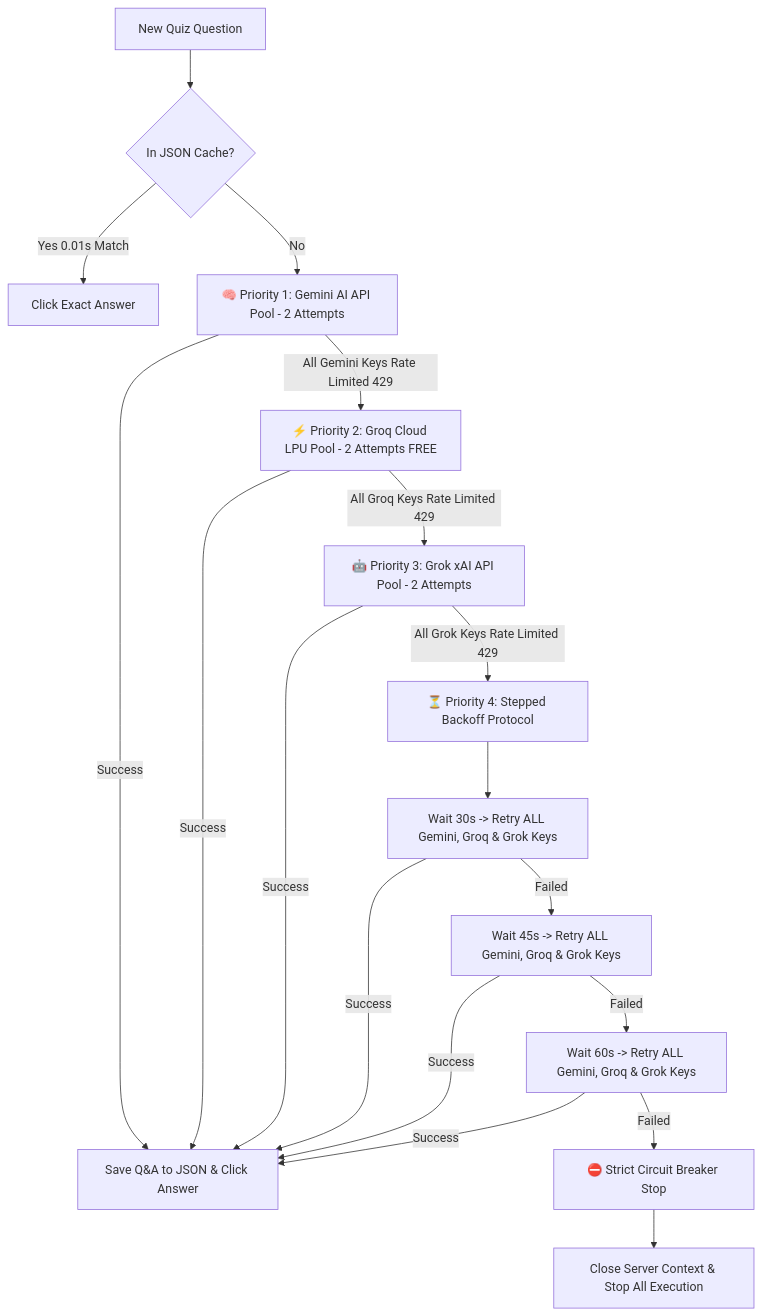
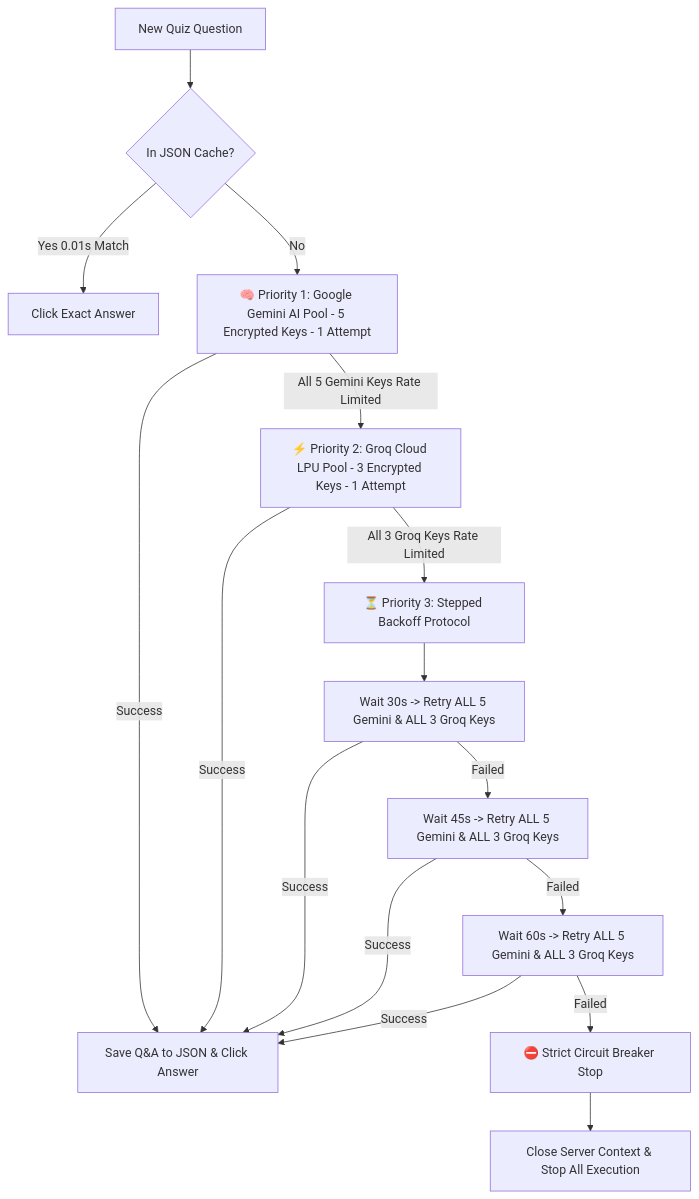
Before and after one commit to thechandrax/DikshaPlus-Automation-Suite: the diagram in docs/07_DUAL_AI_SOLVER_AND_BACKOFF_LOGS_GUIDE.md, drawn with Mermaid. The commit also changed other lines of this file and 2 other files, not shown here.

Commit message:
Docs & Maintenance: Full documentation update for 8-key Multi-AI pool, 1 attempt per key, and circuit breaker protocol

````diff
--- a/docs/07_DUAL_AI_SOLVER_AND_BACKOFF_LOGS_GUIDE.md
+++ b/docs/07_DUAL_AI_SOLVER_AND_BACKOFF_LOGS_GUIDE.md
@@ -21,24 +22,21 @@
 ```mermaid
 flowchart TD
     A[New Quiz Question] --> B{In JSON Cache?}
     B -- Yes 0.01s Match --> C[Click Exact Answer]
-    B -- No --> D[🧠 Priority 1: Gemini AI API Pool - 2 Attempts]
+    B -- No --> D[🧠 Priority 1: Google Gemini AI Pool - 5 Encrypted Keys - 1 Attempt]
     
     D -- Success --> E[Save Q&A to JSON & Click Answer]
-    D -- All Gemini Keys Rate Limited 429 --> F[⚡ Priority 2: Groq Cloud LPU Pool - 2 Attempts FREE]
+    D -- All 5 Gemini Keys Rate Limited --> F[⚡ Priority 2: Groq Cloud LPU Pool - 3 Encrypted Keys - 1 Attempt]
     
     F -- Success --> E
-    F -- All Groq Keys Rate Limited 429 --> G[🤖 Priority 3: Grok xAI API Pool - 2 Attempts]
+    F -- All 3 Groq Keys Rate Limited --> G[⏳ Priority 3: Stepped Backoff Protocol]
     
-    G -- Success --> E
-    G -- All Grok Keys Rate Limited 429 --> H[⏳ Priority 4: Stepped Backoff Protocol]
-    
-    H --> I[Wait 30s -> Retry ALL Gemini, Groq & Grok Keys]
+    G --> H[Wait 30s -> Retry ALL 5 Gemini & ALL 3 Groq Keys]
+    H -- Success --> E
+    H -- Failed --> I[Wait 45s -> Retry ALL 5 Gemini & ALL 3 Groq Keys]
     I -- Success --> E
-    I -- Failed --> J[Wait 45s -> Retry ALL Gemini, Groq & Grok Keys]
+    I -- Failed --> J[Wait 60s -> Retry ALL 5 Gemini & ALL 3 Groq Keys]
     J -- Success --> E
-    J -- Failed --> K[Wait 60s -> Retry ALL Gemini, Groq & Grok Keys]
-    K -- Success --> E
-    K -- Failed --> L[⛔ Strict Circuit Breaker Stop]
-    L --> M[Close Server Context & Stop All Execution]
+    J -- Failed --> K[⛔ Strict Circuit Breaker Stop]
+    K --> L[Close Server Context & Stop All Execution]
 ```
````
